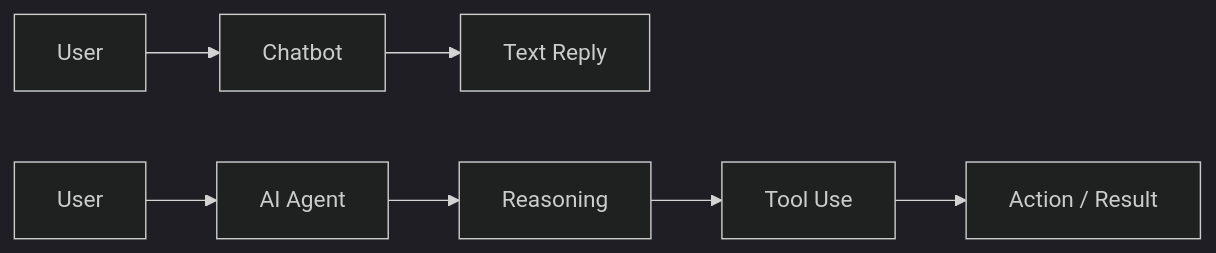
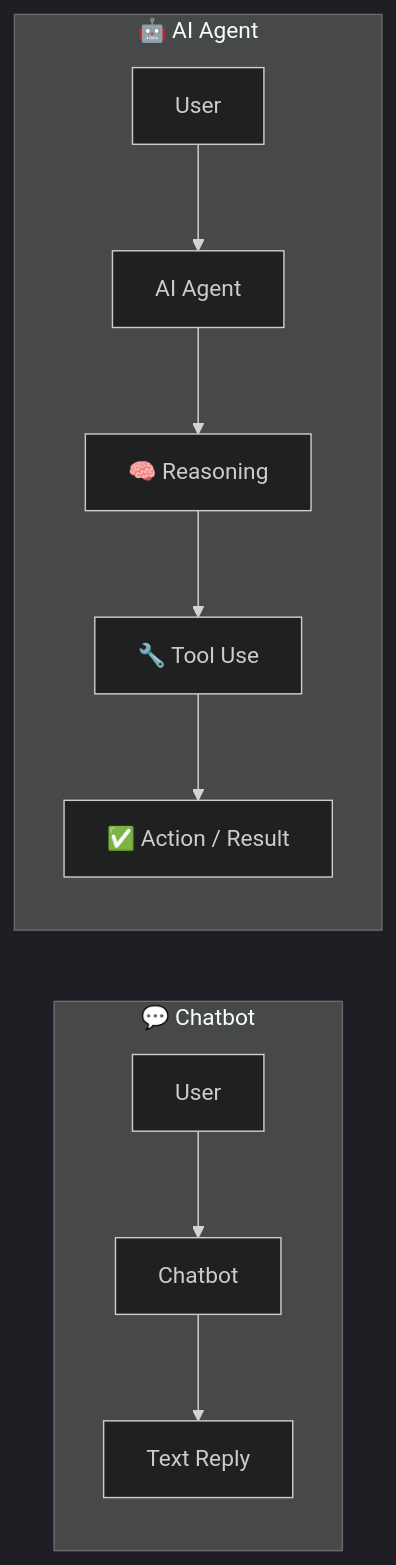
The first of 14 diagrams in docs/ai/AI_Agents_Guide.md (Sameer-Malik20/SusaGPT-Build-LLM-From-Scratch-With-Hinglish-Learning-Material), drawn with Mermaid (dark theme) before and after one commit. The commit also changed other lines of this file and 10 other files, not shown here.

````diff
--- a/docs/ai/AI_Agents_Guide.md
+++ b/docs/ai/AI_Agents_Guide.md
@@ -35,10 +38,14 @@
 ```mermaid
 flowchart LR
-    A[User] --> B[Chatbot]
-    B --> C[Text Reply]
+    subgraph CHATBOT ["💬 Chatbot"]
+        A[User] --> B[Chatbot]
+        B --> C[Text Reply]
+    end
 
-    D[User] --> E[AI Agent]
-    E --> F[Reasoning]
-    F --> G[Tool Use]
-    G --> H[Action / Result]
+    subgraph AGENT ["🤖 AI Agent"]
+        D[User] --> E[AI Agent]
+        E --> F[🧠 Reasoning]
+        F --> G[🔧 Tool Use]
+        G --> H[✅ Action / Result]
+    end
 ```
````
